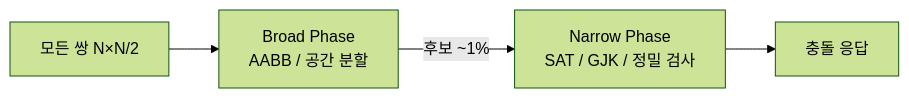
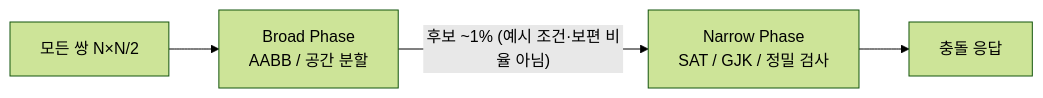
The first of 3 diagrams in physics/part05_broad_phase.md (Rein-ArXiv/game-dev-curriculum), drawn with Mermaid (forest theme) before and after one commit. The commit also changed other lines of this file and 279 other files, not shown here.

````diff
--- a/physics/part05_broad_phase.md
+++ b/physics/part05_broad_phase.md
@@ -9,6 +9,6 @@
 ```mermaid
 flowchart LR
     All[모든 쌍 N×N/2] --> Broad[Broad Phase<br/>AABB / 공간 분할]
-    Broad -->|후보 ~1%| Narrow[Narrow Phase<br/>SAT / GJK / 정밀 검사]
+    Broad -->|"후보 ~1% (예시 조건·보편 비율 아님)"| Narrow[Narrow Phase<br/>SAT / GJK / 정밀 검사]
     Narrow --> Resolve[충돌 응답]
 ```
````
